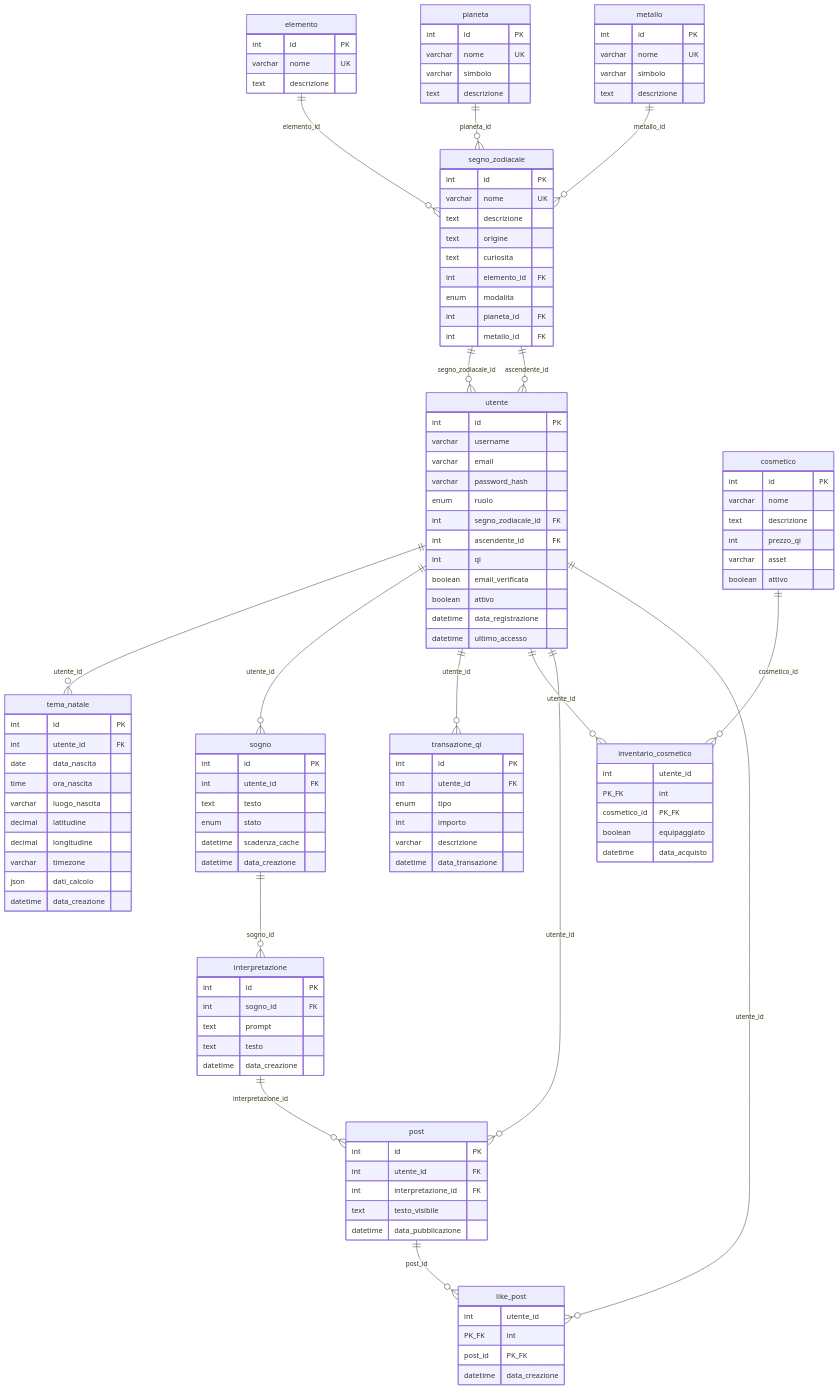
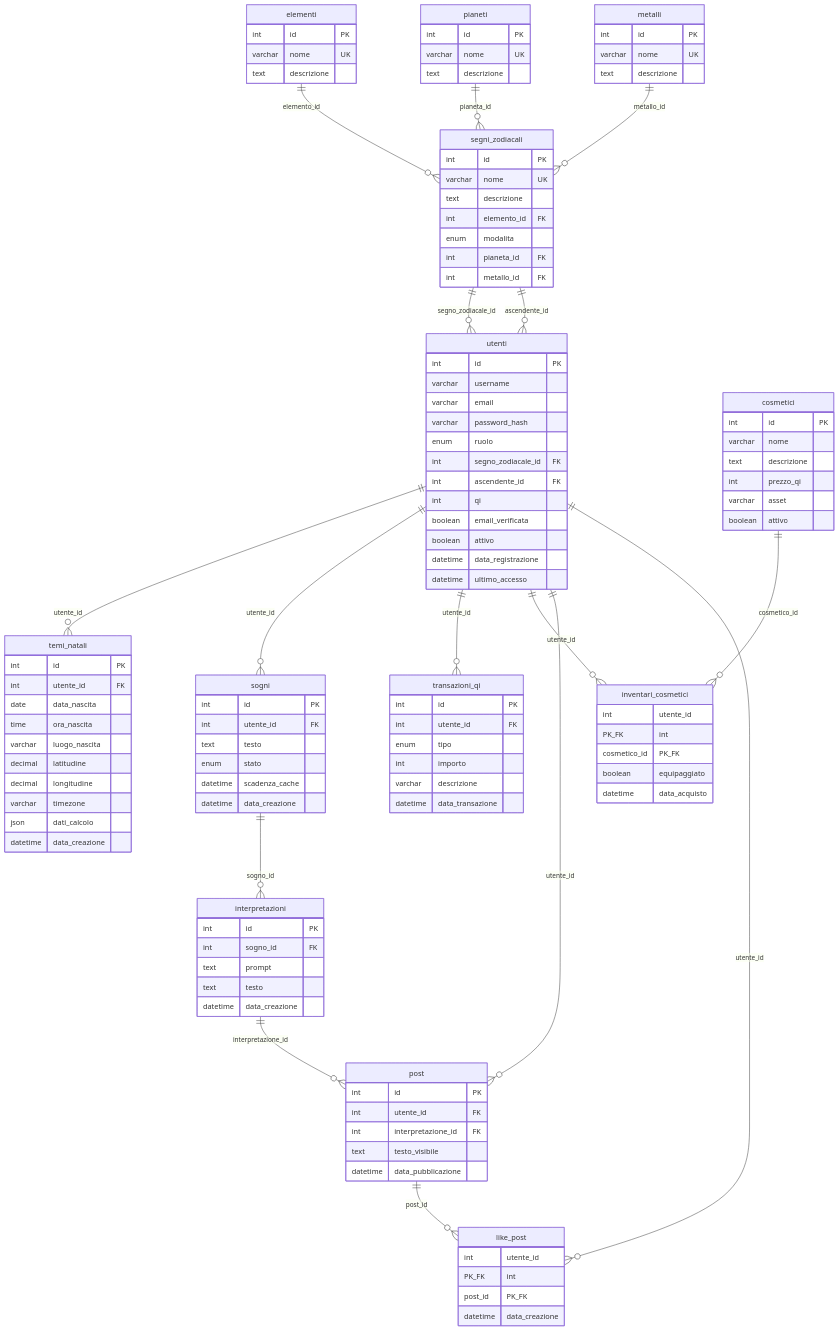
Before and after one commit to Azoth-Zodiaca/Somnia-Zodiaca: the diagram in ERCore.mmd, drawn with Mermaid. The commit also changed 7 other files, not shown here.

Commit message:
Modificati Elemento,metallo, pianeta, SegnoZodiacale il diagramma ER, e altro

```diff
--- a/ERCore.mmd
+++ b/ERCore.mmd
@@ -1,119 +1,115 @@
 erDiagram
-    segno_zodiacale {
+    segni_zodiacali {
         int id PK
         varchar nome UK
         text descrizione
-        text origine
-        text curiosita
         int elemento_id FK
         enum modalita
         int pianeta_id FK
         int metallo_id FK
     }
-    utente {
+    utenti {
         int id PK
         varchar username
         varchar email
         varchar password_hash
         enum ruolo
         int segno_zodiacale_id FK
         int ascendente_id FK
         int qi
         boolean email_verificata
         boolean attivo
         datetime data_registrazione
         datetime ultimo_accesso
     }
-    transazione_qi {
+    transazioni_qi {
         int id PK
         int utente_id FK
         enum tipo
         int importo
         varchar descrizione
         datetime data_transazione
     }
-    interpretazione {
+    interpretazioni {
         int id PK
         int sogno_id FK
         text prompt
         text testo
         datetime data_creazione
     }
     like_post {
         int utente_id PK_FK
         int post_id PK_FK
         datetime data_creazione
     }
     post {
         int id PK
         int utente_id FK
         int interpretazione_id FK
         text testo_visibile
         datetime data_pubblicazione
     }
-    sogno {
+    sogni {
         int id PK
         int utente_id FK
         text testo
         enum stato
         datetime scadenza_cache
         datetime data_creazione
     }
-    inventario_cosmetico {
+    inventari_cosmetici {
         int utente_id PK_FK
         int cosmetico_id PK_FK
         boolean equipaggiato
         datetime data_acquisto
     }
-    cosmetico {
+    cosmetici {
         int id PK
         varchar nome
         text descrizione
         int prezzo_qi
         varchar asset
         boolean attivo
     }
-    metallo {
-        int id PK
-        varchar nome UK
-        varchar simbolo
-        text descrizione
-    }
-    pianeta {
-        int id PK
-        varchar nome UK
-        varchar simbolo
-        text descrizione
-    }
-    elemento {
+    metalli {
         int id PK
         varchar nome UK
         text descrizione
     }
-    tema_natale {
+    pianeti {
+        int id PK
+        varchar nome UK
+        text descrizione
+    }
+    elementi {
+        int id PK
+        varchar nome UK
+        text descrizione
+    }
+    temi_natali {
         int id PK
         int utente_id FK
         date data_nascita
         time ora_nascita
         varchar luogo_nascita
         decimal latitudine
         decimal longitudine
         varchar timezone
         json dati_calcolo
         datetime data_creazione
     }
-    elemento ||--o{ segno_zodiacale : "elemento_id"
-    pianeta ||--o{ segno_zodiacale : "pianeta_id"
-    metallo ||--o{ segno_zodiacale : "metallo_id"
-    segno_zodiacale ||--o{ utente : "segno_zodiacale_id"
-    segno_zodiacale ||--o{ utente : "ascendente_id"
-    utente ||--o{ tema_natale : "utente_id"
-    utente ||--o{ sogno : "utente_id"
-    sogno ||--o{ interpretazione : "sogno_id"
-    utente ||--o{ transazione_qi : "utente_id"
-    utente ||--o{ inventario_cosmetico : "utente_id"
-    cosmetico ||--o{ inventario_cosmetico : "cosmetico_id"
-    utente ||--o{ post : "utente_id"
-    interpretazione ||--o{ post : "interpretazione_id"
-    utente ||--o{ like_post : "utente_id"
+    elementi ||--o{ segni_zodiacali : "elemento_id"
+    pianeti ||--o{ segni_zodiacali : "pianeta_id"
+    metalli ||--o{ segni_zodiacali : "metallo_id"
+    segni_zodiacali ||--o{ utenti : "segno_zodiacale_id"
+    segni_zodiacali ||--o{ utenti : "ascendente_id"
+    utenti ||--o{ temi_natali : "utente_id"
+    utenti ||--o{ sogni : "utente_id"
+    sogni ||--o{ interpretazioni : "sogno_id"
+    utenti ||--o{ transazioni_qi : "utente_id"
+    utenti ||--o{ inventari_cosmetici : "utente_id"
+    cosmetici ||--o{ inventari_cosmetici : "cosmetico_id"
+    utenti ||--o{ post : "utente_id"
+    interpretazioni ||--o{ post : "interpretazione_id"
+    utenti ||--o{ like_post : "utente_id"
     post ||--o{ like_post : "post_id"
```
